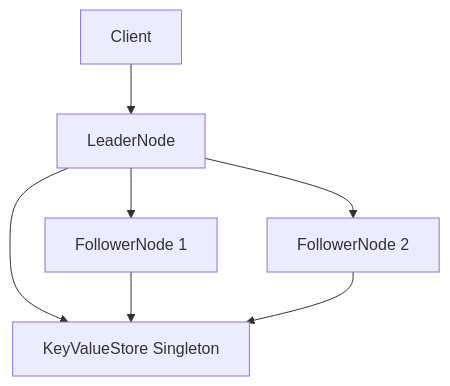
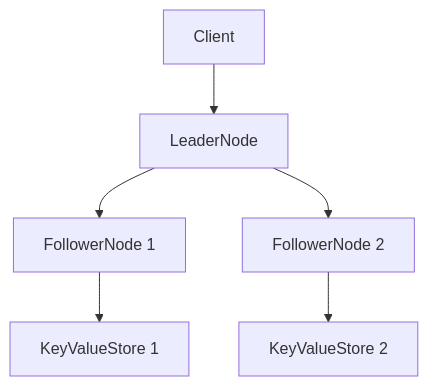
Before and after one commit to saivishwakgangam/Distributed-Key-Value-Store: the diagram in Readme.md, drawn with Mermaid.

````diff
--- a/Readme.md
+++ b/Readme.md
@@ -12,9 +12,8 @@
 ```mermaid
 graph TD
-    Client[Client] --> Leader[LeaderNode]
-    Leader --> Follower1[FollowerNode 1]
-    Leader --> Follower2[FollowerNode 2]
-    Leader --> KVStore[KeyValueStore Singleton]
-    Follower1 --> KVStore
-    Follower2 --> KVStore
+Client[Client] --> Leader[LeaderNode]
+Leader --> Follower1[FollowerNode 1]
+Leader --> Follower2[FollowerNode 2]
+Follower1 --> KVStore1[KeyValueStore 1]
+Follower2 --> KVStore2[KeyValueStore 2]
 ```
````
